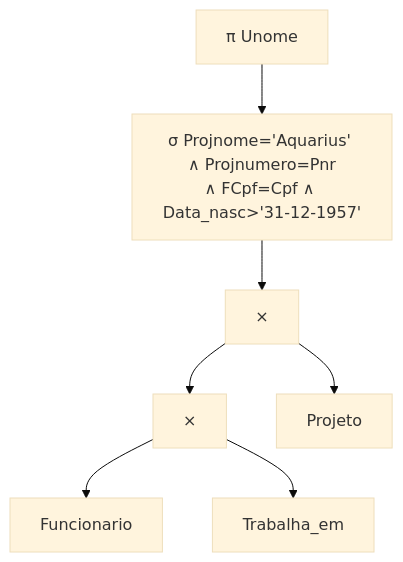
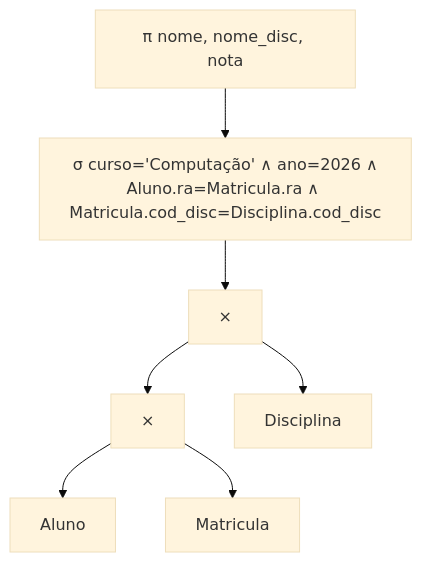
One commit to HerikDR/estudo-comp-escalavel changed the second of 3 diagrams in estudo/11_processamento_otimizacao_consultas.md. Above: the diagram before and after it, drawn with Mermaid (base theme). The commit also changed other lines of this file and 10 other files, not shown here.

````diff
--- a/estudo/11_processamento_otimizacao_consultas.md
+++ b/estudo/11_processamento_otimizacao_consultas.md
@@ -409,9 +86,9 @@
 ```mermaid
 flowchart TB
-    P["π Unome"] --> S["σ Projnome='Aquarius' ∧ Projnumero=Pnr<br/>∧ FCpf=Cpf ∧ Data_nasc>'31-12-1957'"]
+    P["π nome, nome_disc, nota"] --> S["σ curso='Computação' ∧ ano=2026 ∧<br/>Aluno.ra=Matricula.ra ∧ Matricula.cod_disc=Disciplina.cod_disc"]
     S --> X2["×"]
     X2 --> X1["×"]
-    X2 --> PR["Projeto"]
-    X1 --> F["Funcionario"]
-    X1 --> T["Trabalha_em"]
+    X2 --> D["Disciplina"]
+    X1 --> A["Aluno"]
+    X1 --> M["Matricula"]
 ```
````
